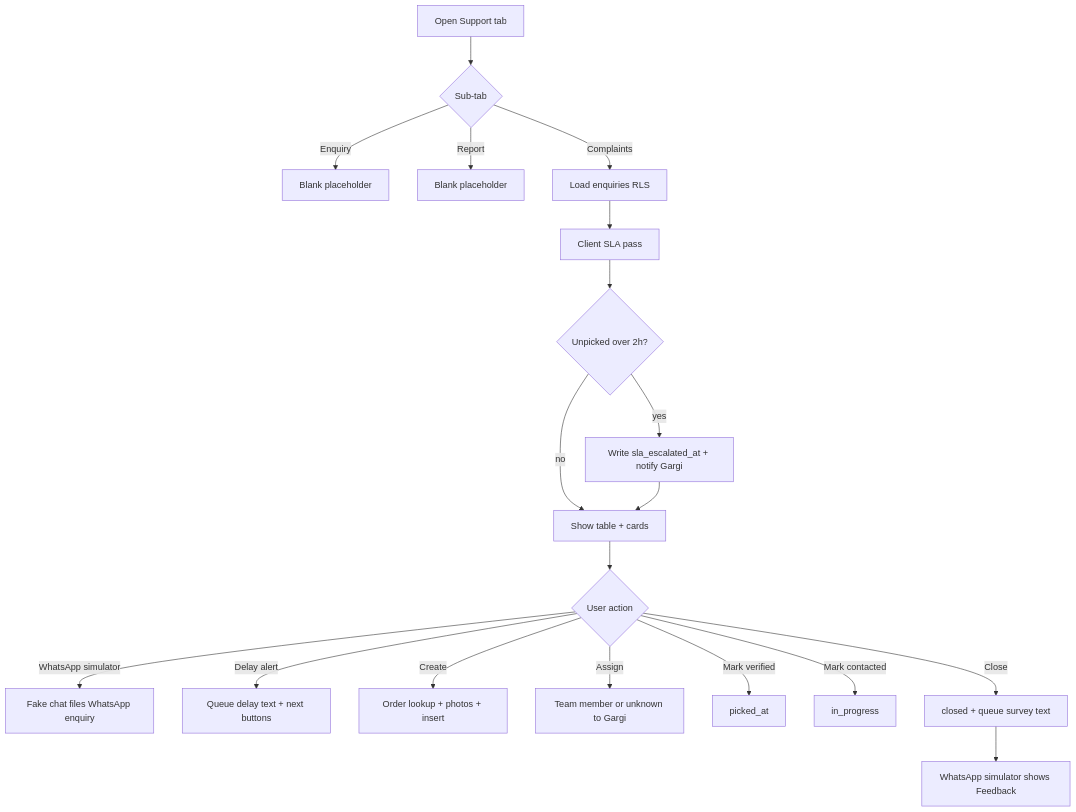
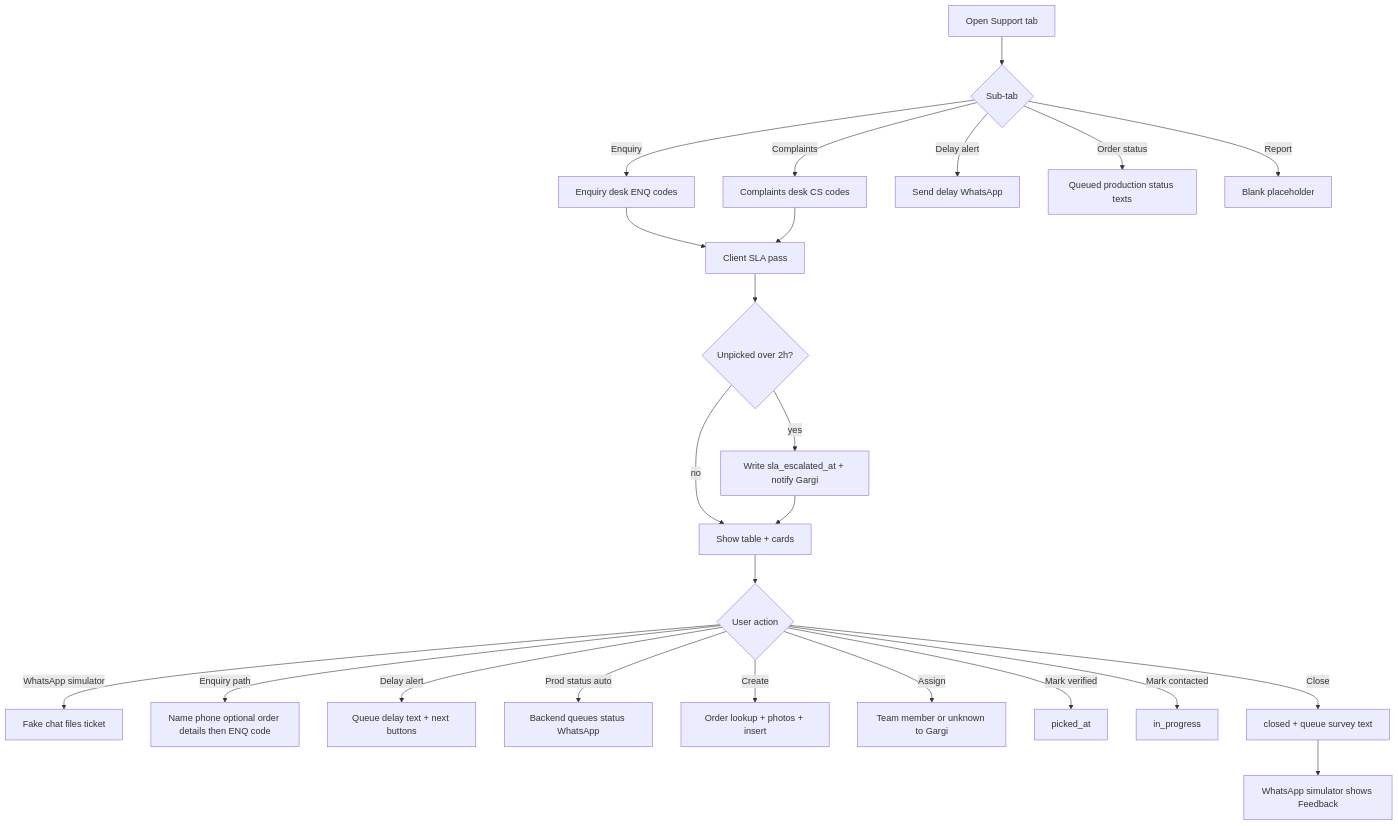
The first of 8 diagrams in docs/FLOWCHARTS.md (Mayur8291/Printing-Tracker), drawn with Mermaid before and after one commit. The commit also changed other lines of this file and 24 other files, not shown here.

First line of the commit message:
﻿Split Support Enquiry and Complaints and make Close work.

````diff
--- a/docs/FLOWCHARTS.md
+++ b/docs/FLOWCHARTS.md
@@ -7,21 +7,26 @@
 ```mermaid
 flowchart TD
   A[Open Support tab] --> ST{Sub-tab}
-  ST -->|Enquiry| BL1[Blank placeholder]
+  ST -->|Enquiry| ENQ[Enquiry desk ENQ codes]
+  ST -->|Complaints| B[Complaints desk CS codes]
+  ST -->|Delay alert| DATab[Send delay WhatsApp]
+  ST -->|Order status| OSTab[Queued production status texts]
   ST -->|Report| BL2[Blank placeholder]
-  ST -->|Complaints| B[Load enquiries RLS]
-  B --> C[Client SLA pass]
+  ENQ --> C[Client SLA pass]
+  B --> C
   C --> D{Unpicked over 2h?}
   D -->|yes| E[Write sla_escalated_at + notify Gargi]
   D -->|no| F[Show table + cards]
   E --> F
   F --> G{User action}
-  G -->|WhatsApp simulator| S[Fake chat files WhatsApp enquiry]
+  G -->|WhatsApp simulator| S[Fake chat files ticket]
+  G -->|Enquiry path| EP[Name phone optional order details then ENQ code]
   G -->|Delay alert| DA[Queue delay text + next buttons]
+  G -->|Prod status auto| PS[Backend queues status WhatsApp]
   G -->|Create| H[Order lookup + photos + insert]
   G -->|Assign| I[Team member or unknown to Gargi]
   G -->|Mark verified| J[picked_at]
   G -->|Mark contacted| K[in_progress]
   G -->|Close| L[closed + queue survey text]
   L --> M[WhatsApp simulator shows Feedback]
 ```
````
